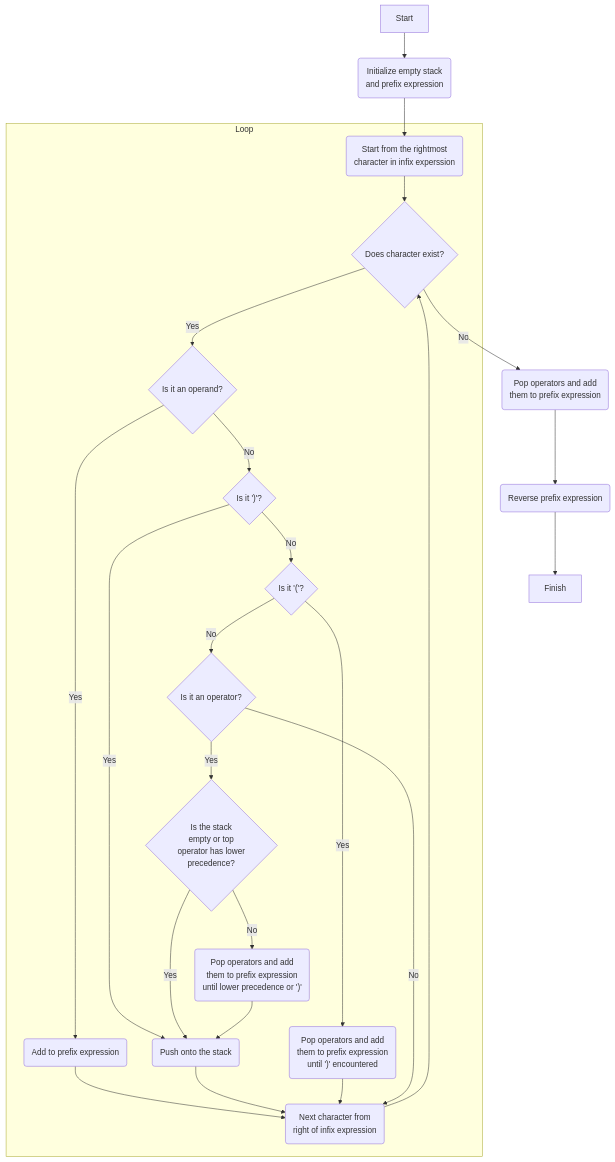
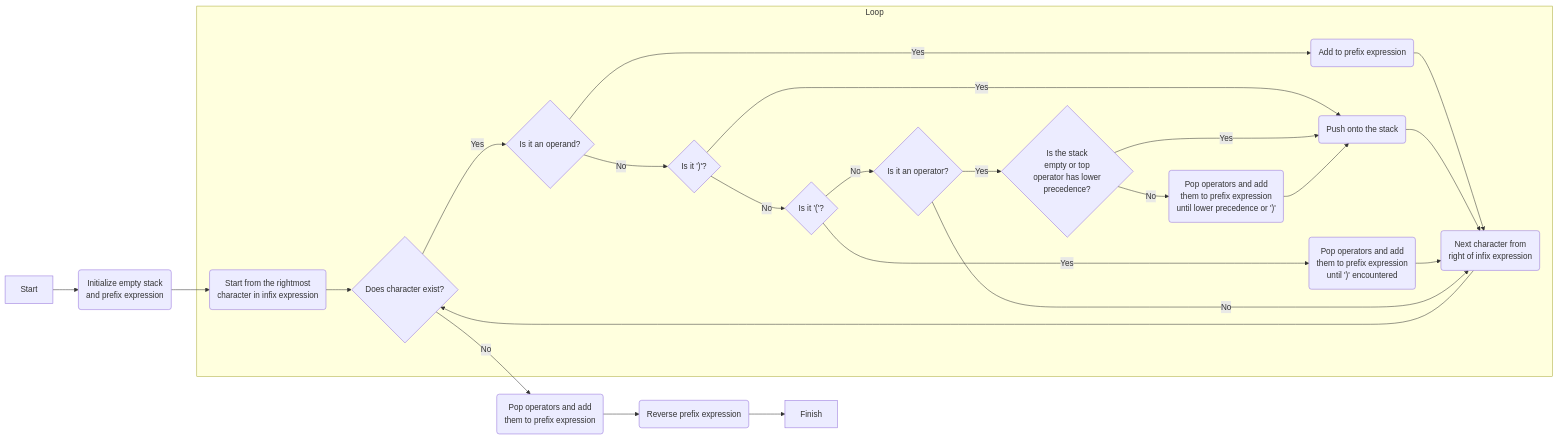
The first of 6 diagrams in README.md (bornalgo/cpp-expression-conversions), drawn with Mermaid before and after one commit. The commit also changed other lines of this file, not shown here.

````diff
--- a/README.md
+++ b/README.md
@@ -118,28 +95,28 @@
 ```mermaid
-graph TD;
+flowchart LR;
 
 Start --> Initialize("Initialize empty stack\nand prefix expression")
-Initialize --> LoopStart("Start from the rightmost\ncharacter in infix experssion")
+Initialize --> LoopStart("Start from the rightmost\ncharacter in infix expression")
 subgraph Loop
 LoopStart --> Exists{"Does character exist?"}
 Exists --> |Yes| IsOperand{"Is it an operand?"}
 IsOperand --> |Yes| Add("Add to prefix expression")
 Add --> Next("Next character from\nright of infix expression")
 IsOperand --> |No| IsClosing{"Is it ')'?"}
 IsClosing --> |Yes| Push("Push onto the stack")
-IsClosing --> |No| IsOpenning{"Is it '('?"}
+IsClosing --> |No| IsOpening{"Is it '('?"}
 Push --> Next
-IsOpenning --> |Yes| Pop1("Pop operators and add\nthem to prefix expression\nuntil ')' encountered")
+IsOpening --> |Yes| Pop1("Pop operators and add\nthem to prefix expression\nuntil ')' encountered")
 Pop1 --> Next
-IsOpenning --> |No| IsOperator{"Is it an operator?"}
+IsOpening --> |No| IsOperator{"Is it an operator?"}
 IsOperator --> |Yes| Check{"Is the stack\nempty or top\noperator has lower\nprecedence?"}
 Check --> |Yes| Push
 Check --> |No| Pop2("Pop operators and add\nthem to prefix expression\nuntil lower precedence or ')'")
 Pop2 --> Push
 IsOperator --> |No| Next
 Next --> Exists
 end
 Exists --> |No| LoopExit("Pop operators and add\nthem to prefix expression")
 LoopExit --> Reverse("Reverse prefix expression")
 Reverse --> Finish
 ```
````
